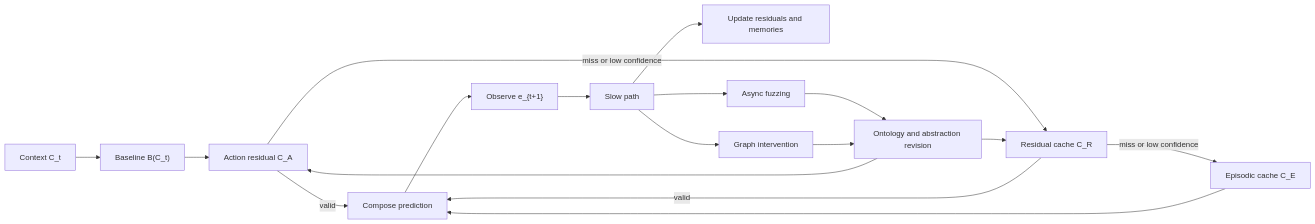
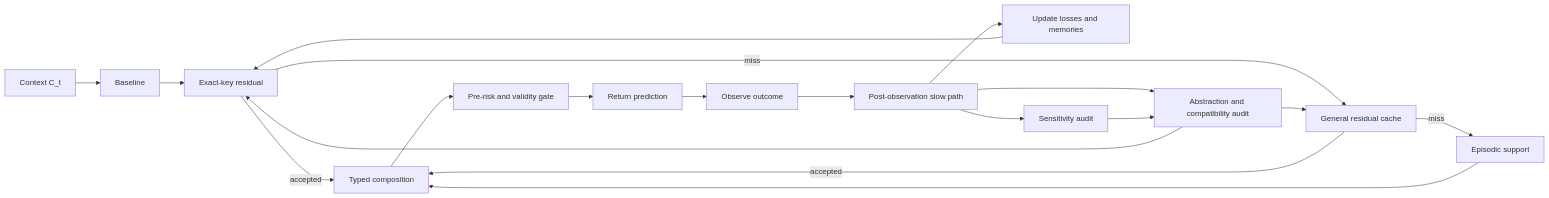
Before and after one commit to JuanHuaXu/eventframe-whitepaper: the diagram in build/paper.md, drawn with Mermaid. The commit also changed other lines of this file and 27 other files, not shown here.

````diff
--- a/build/paper.md
+++ b/build/paper.md
@@ -693,19 +1219,21 @@
 ```mermaid
 flowchart LR
-    C["Context C_t"] --> B["Baseline B(C_t)"]
-    B --> A["Action residual C_A"]
-    A -->|valid| P["Compose prediction"]
-    A -->|miss or low confidence| R["Residual cache C_R"]
-    R -->|valid| P
-    R -->|miss or low confidence| E["Episodic cache C_E"]
+    C["Context C_t"] --> B["Baseline"]
+    B --> A["Exact-key residual"]
+    A -->|accepted| P["Typed composition"]
+    A -->|miss| R["General residual cache"]
+    R -->|accepted| P
+    R -->|miss| E["Episodic support"]
     E --> P
-    P --> O["Observe e_{t+1}"]
-    O --> S["Slow path"]
-    S --> U["Update residuals and memories"]
-    S --> F["Async fuzzing"]
-    S --> I["Graph intervention"]
-    F --> G["Ontology and abstraction revision"]
-    I --> G
+    P --> Q["Pre-risk and validity gate"]
+    Q --> O["Return prediction"]
+    O --> Z["Observe outcome"]
+    Z --> S["Post-observation slow path"]
+    S --> U["Update losses and memories"]
+    S --> F["Sensitivity audit"]
+    S --> G["Abstraction and compatibility audit"]
+    U --> A
+    F --> G
     G --> A
     G --> R
 ```
````
